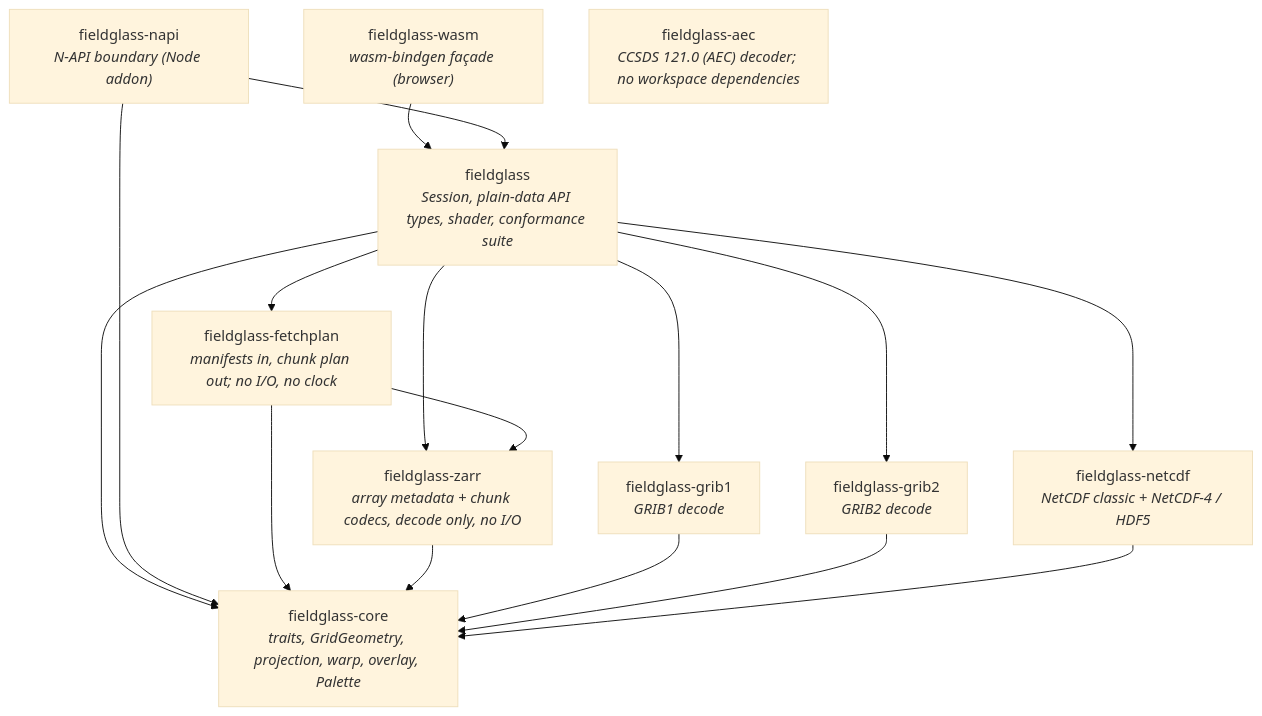
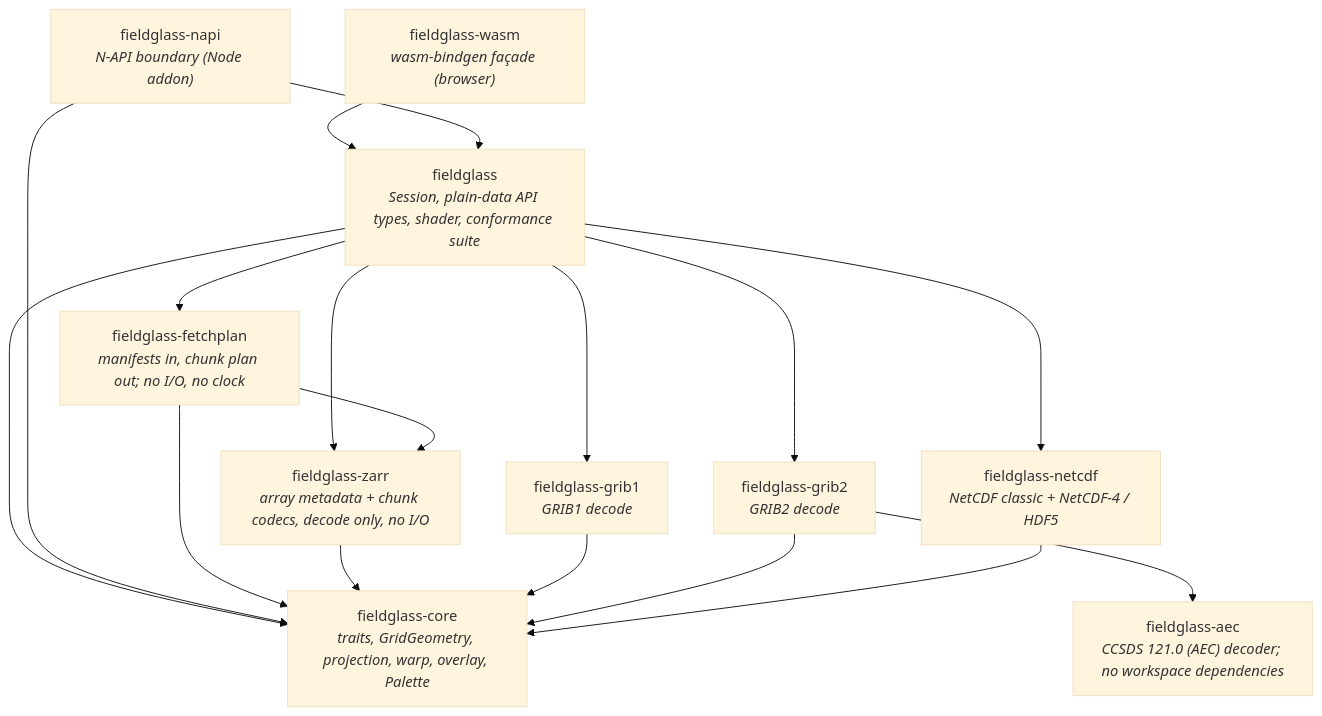
One commit to D0ubleD0uble/fieldglass changed the diagram in docs/architecture/01-crates.md. Above: the diagram before and after it, drawn with Mermaid (base theme). The commit also changed other lines of this file and 17 other files, not shown here.

````diff
--- a/docs/architecture/01-crates.md
+++ b/docs/architecture/01-crates.md
@@ -17,29 +17,30 @@
 ```mermaid
 flowchart TD
     napi["fieldglass-napi<br/><i>N-API boundary (Node addon)</i>"]
     wasm["fieldglass-wasm<br/><i>wasm-bindgen façade (browser)</i>"]
     fieldglass["fieldglass<br/><i>Session, plain-data API types, shader, conformance suite</i>"]
     grib1["fieldglass-grib1<br/><i>GRIB1 decode</i>"]
     grib2["fieldglass-grib2<br/><i>GRIB2 decode</i>"]
     netcdf["fieldglass-netcdf<br/><i>NetCDF classic + NetCDF-4 / HDF5</i>"]
     core["fieldglass-core<br/><i>traits, GridGeometry, projection, warp, overlay, Palette</i>"]
     fetchplan["fieldglass-fetchplan<br/><i>manifests in, chunk plan out; no I/O, no clock</i>"]
     zarr["fieldglass-zarr<br/><i>array metadata + chunk codecs, decode only, no I/O</i>"]
     aec["fieldglass-aec<br/><i>CCSDS 121.0 (AEC) decoder; no workspace dependencies</i>"]
 
     wasm --> fieldglass
     fieldglass --> grib1
     fieldglass --> grib2
     fieldglass --> netcdf
     fieldglass --> zarr
     fieldglass --> core
     fieldglass --> fetchplan
     napi --> fieldglass
     napi --> core
     fetchplan --> core
     fetchplan --> zarr
     zarr --> core
     grib1 --> core
     grib2 --> core
+    grib2 --> aec
     netcdf --> core
 ```
````
